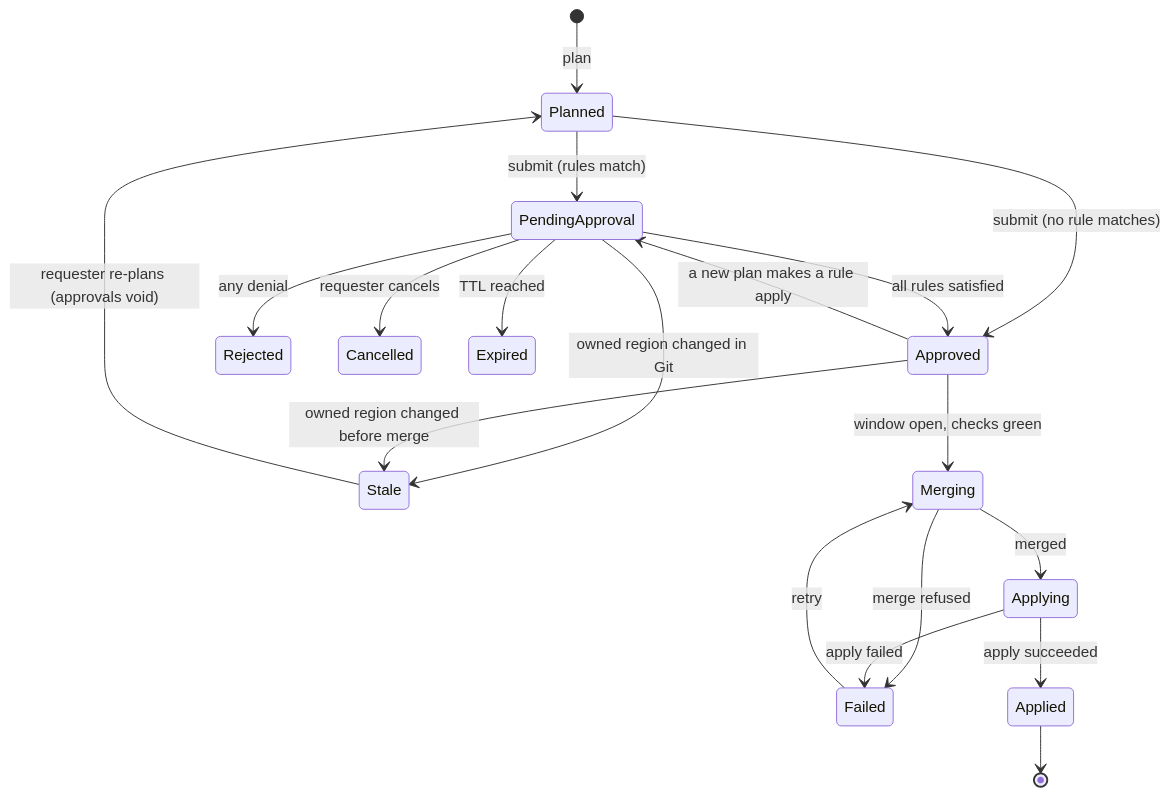
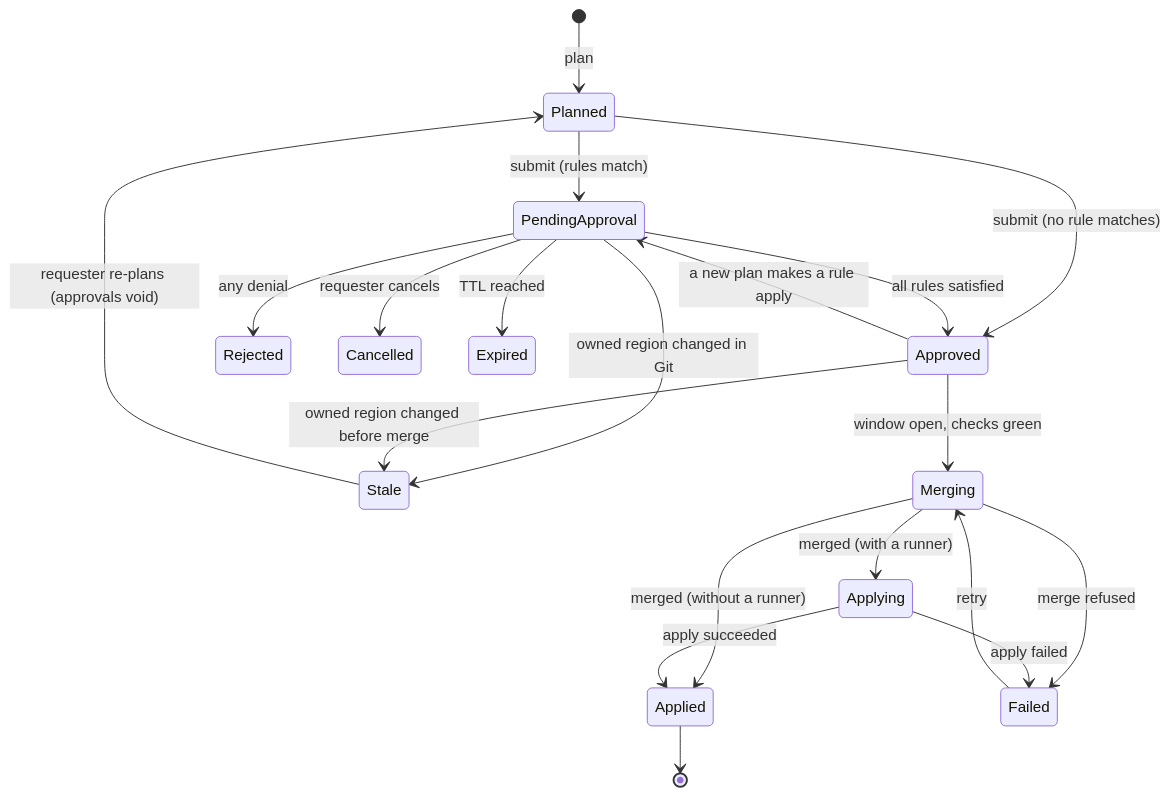
Before and after one commit to damhau/quai: the second of 2 diagrams in docs/architecture/domain-model.md, drawn with Mermaid. The commit also changed other lines of this file and 26 other files, not shown here.

````diff
--- a/docs/architecture/domain-model.md
+++ b/docs/architecture/domain-model.md
@@ -67,21 +67,22 @@
 ```mermaid
 stateDiagram-v2
   [*] --> Planned: plan
   Planned --> PendingApproval: submit (rules match)
   Planned --> Approved: submit (no rule matches)
   PendingApproval --> Approved: all rules satisfied
   PendingApproval --> Rejected: any denial
   PendingApproval --> Cancelled: requester cancels
   PendingApproval --> Expired: TTL reached
   PendingApproval --> Stale: owned region changed in Git
   Approved --> Stale: owned region changed before merge
   Approved --> PendingApproval: a new plan makes a rule apply
   Approved --> Merging: window open, checks green
-  Merging --> Applying: merged
+  Merging --> Applying: merged (with a runner)
+  Merging --> Applied: merged (without a runner)
   Merging --> Failed: merge refused
   Applying --> Applied: apply succeeded
   Applying --> Failed: apply failed
   Stale --> Planned: requester re-plans (approvals void)
   Failed --> Merging: retry
   Applied --> [*]
 ```
````
